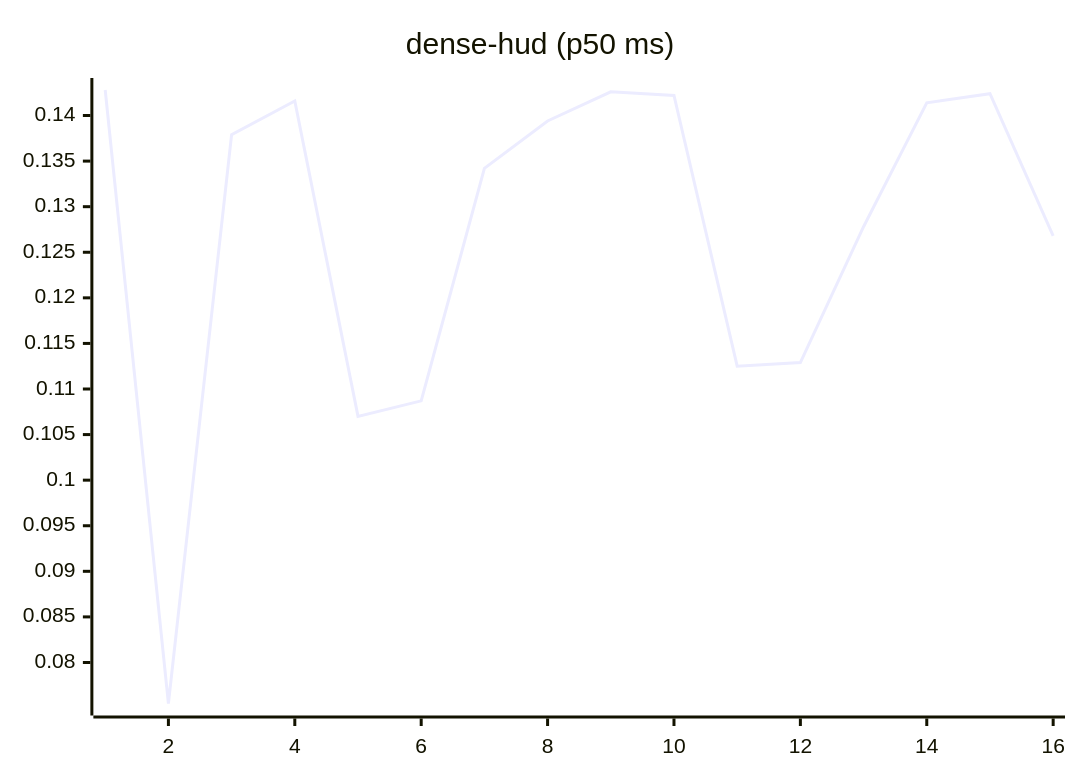
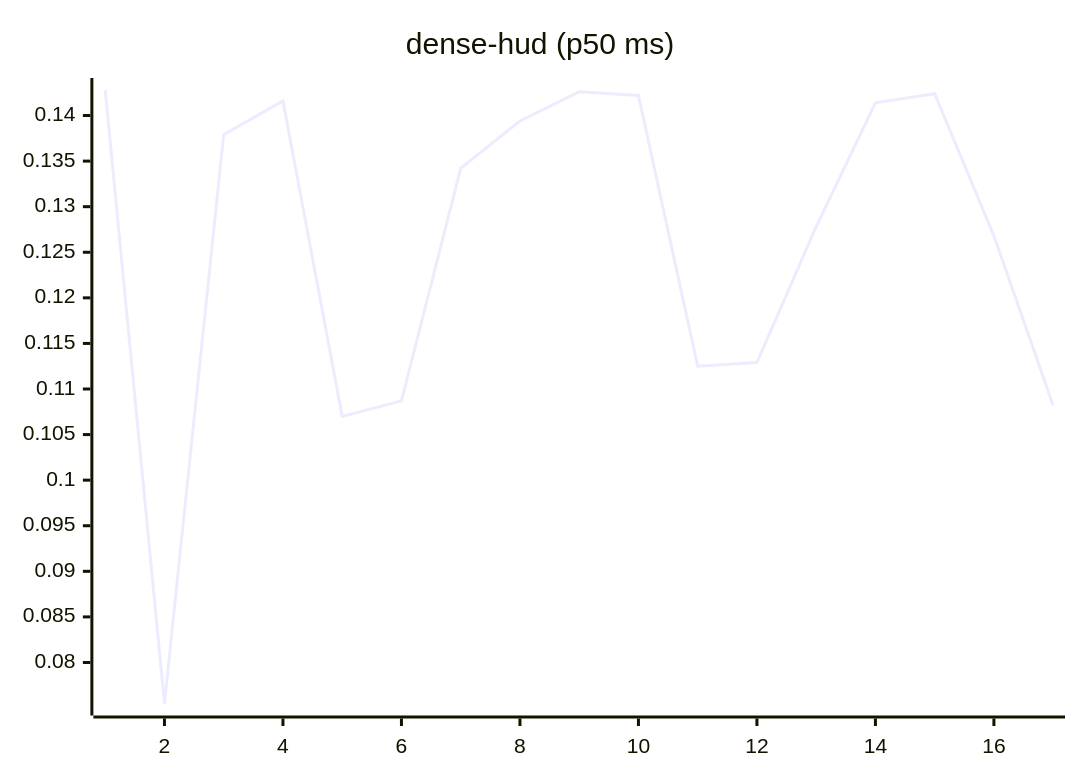
One commit to josha/Facet changed the eighth of 27 diagrams in README.md. Above: the diagram before and after it, drawn with Mermaid. The commit also changed other lines of this file and 2 other files, not shown here.

````diff
--- a/README.md
+++ b/README.md
@@ -112,6 +112,6 @@
 ```mermaid
 xychart-beta
     title "dense-hud (p50 ms)"
-    x-axis 1 --> 16
-    line [0.1428, 0.0755, 0.1379, 0.1416, 0.1070, 0.1087, 0.1342, 0.1394, 0.1426, 0.1422, 0.1125, 0.1129, 0.1278, 0.1414, 0.1424, 0.1268]
+    x-axis 1 --> 17
+    line [0.1428, 0.0755, 0.1379, 0.1416, 0.1070, 0.1087, 0.1342, 0.1394, 0.1426, 0.1422, 0.1125, 0.1129, 0.1278, 0.1414, 0.1424, 0.1268, 0.1082]
 ```
````
